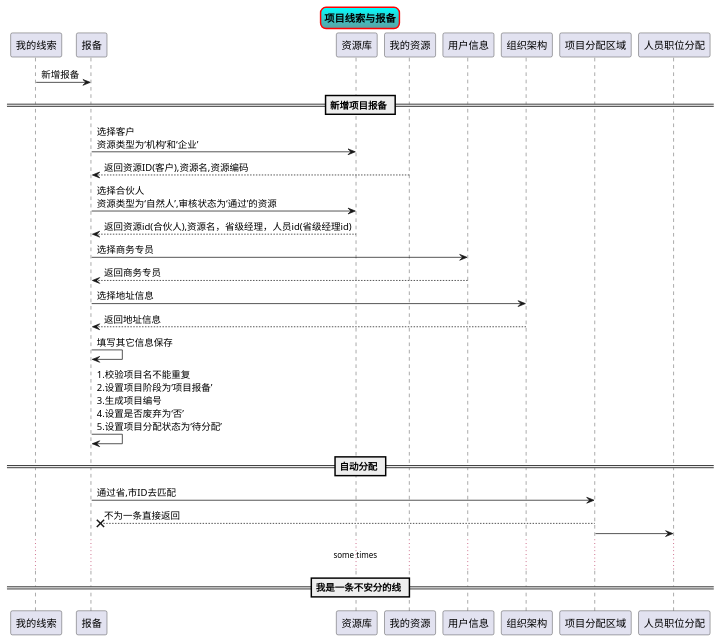
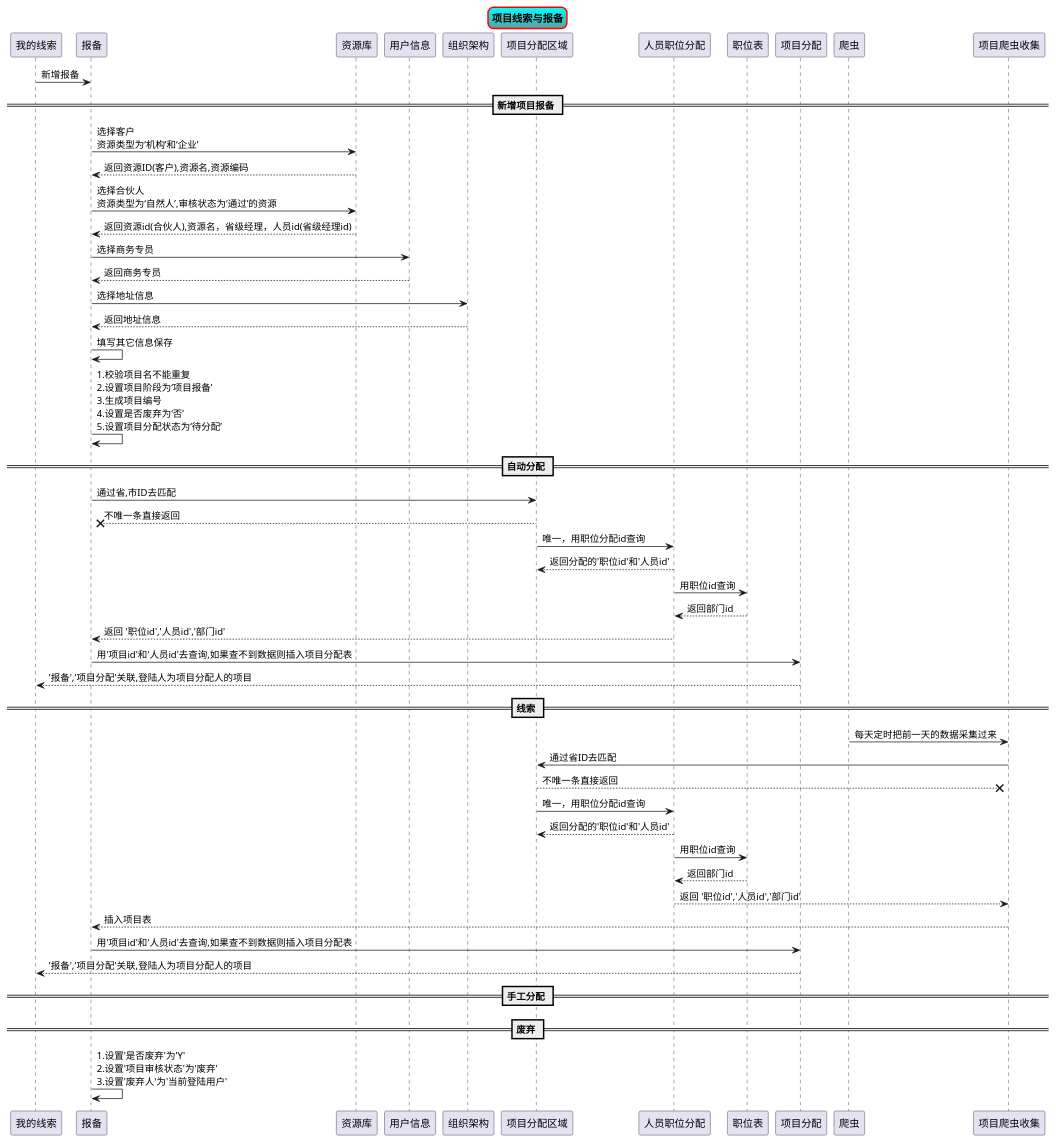
Before and after one commit to cy-pointer/draw: the diagram in sequence/org.ting/project/项目报备和分配.puml, drawn with PlantUML.

Commit message:
完善项目报备时序图

```diff
--- a/sequence/org.ting/project/项目报备和分配.puml
+++ b/sequence/org.ting/project/项目报备和分配.puml
@@ -1,30 +1,49 @@
 @startuml
 'scale 2
 skinparam titleBorderRoundCorner 15
 skinparam titleBorderThickness 2
 skinparam titleBorderColor red
 skinparam titleBackgroundColor Aqua-CadetBlue
 
 title 项目线索与报备
 
 我的线索 -> 报备: 新增报备
 == 新增项目报备 ==
 报备  -> 资源库: 选择客户\n资源类型为‘机构’和‘企业’
-我的资源 --> 报备: 返回资源ID(客户),资源名,资源编码
+资源库 --> 报备: 返回资源ID(客户),资源名,资源编码
 报备 -> 资源库: 选择合伙人\n资源类型为‘自然人’,审核状态为‘通过’的资源
 资源库 --> 报备:返回资源id(合伙人),资源名，省级经理，人员id(省级经理id)
 报备 -> 用户信息: 选择商务专员
 用户信息 --> 报备: 返回商务专员
 报备 -> 组织架构: 选择地址信息
 组织架构 --> 报备: 返回地址信息
 报备 -> 报备: 填写其它信息保存
 报备 -> 报备: 1.校验项目名不能重复\n2.设置项目阶段为‘项目报备’\n3.生成项目编号\n4.设置是否废弃为‘否’\n5.设置项目分配状态为‘待分配’
 == 自动分配 ==
 报备 -> 项目分配区域: 通过省,市ID去匹配
-项目分配区域 -->x 报备: 不为一条直接返回
-项目分配区域 -> 人员职位分配:
-... some times ...
-== 我是一条不安分的线 ==
+项目分配区域 -->x 报备: 不唯一条直接返回
+项目分配区域 -> 人员职位分配: 唯一，用职位分配id查询
+人员职位分配 --> 项目分配区域: 返回分配的'职位id'和'人员id'
+人员职位分配 -> 职位表: 用职位id查询
+职位表 --> 人员职位分配: 返回部门id
+人员职位分配 -->  报备:返回 '职位id','人员id','部门id'
+报备 -> 项目分配: 用'项目id'和'人员id'去查询,如果查不到数据则插入项目分配表
+项目分配 --> 我的线索: '报备','项目分配'关联,登陆人为项目分配人的项目
+== 线索 ==
+爬虫 -> 项目爬虫收集: 每天定时把前一天的数据采集过来
+项目爬虫收集 -> 项目分配区域: 通过省ID去匹配
+项目分配区域 -->x 项目爬虫收集: 不唯一条直接返回
+项目分配区域 -> 人员职位分配: 唯一，用职位分配id查询
+人员职位分配 --> 项目分配区域: 返回分配的'职位id'和'人员id'
+人员职位分配 -> 职位表: 用职位id查询
+职位表 --> 人员职位分配: 返回部门id
+人员职位分配 -->  项目爬虫收集: 返回 '职位id','人员id','部门id'
+项目爬虫收集 --> 报备: 插入项目表
+报备 -> 项目分配: 用'项目id'和'人员id'去查询,如果查不到数据则插入项目分配表
+项目分配 --> 我的线索: '报备','项目分配'关联,登陆人为项目分配人的项目
+== 手工分配 ==
 
+== 废弃 ==
+报备 -> 报备: 1.设置'是否废弃'为'Y'\n2.设置'项目审核状态'为'废弃'\n3.设置'废弃人'为'当前登陆用户'
 
 @enduml
```
